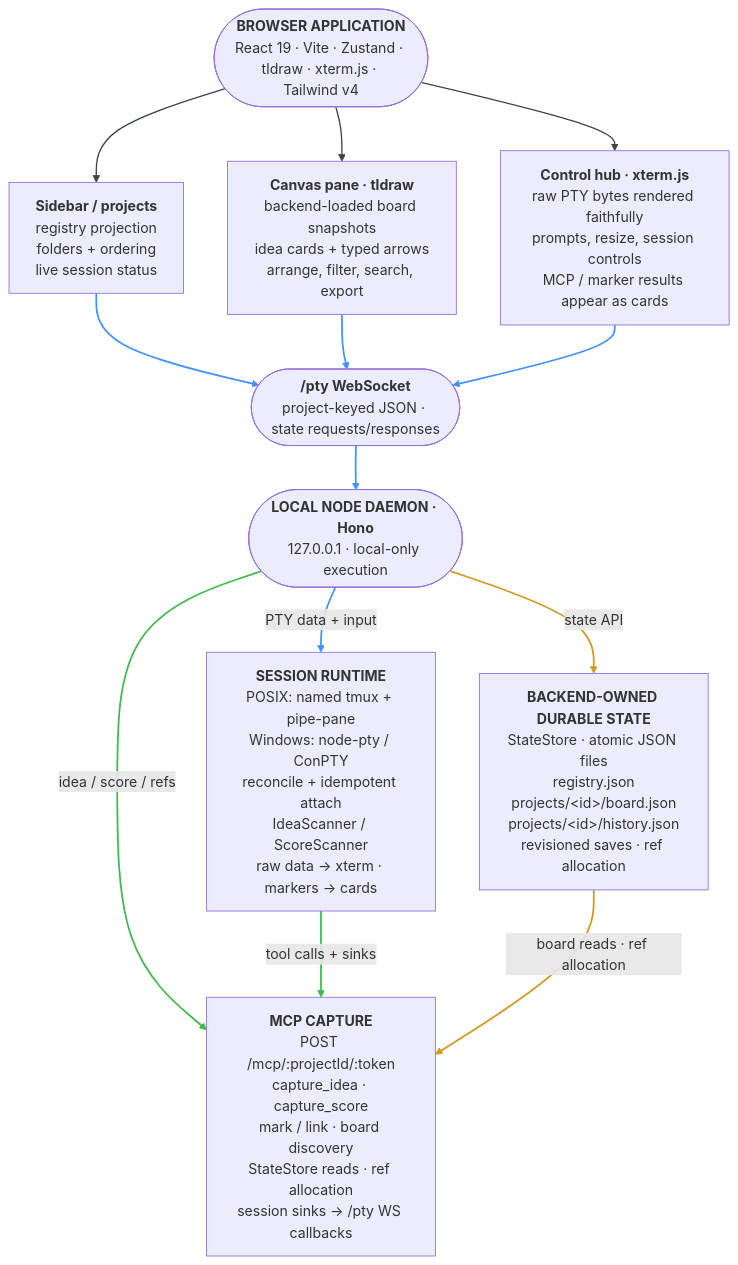
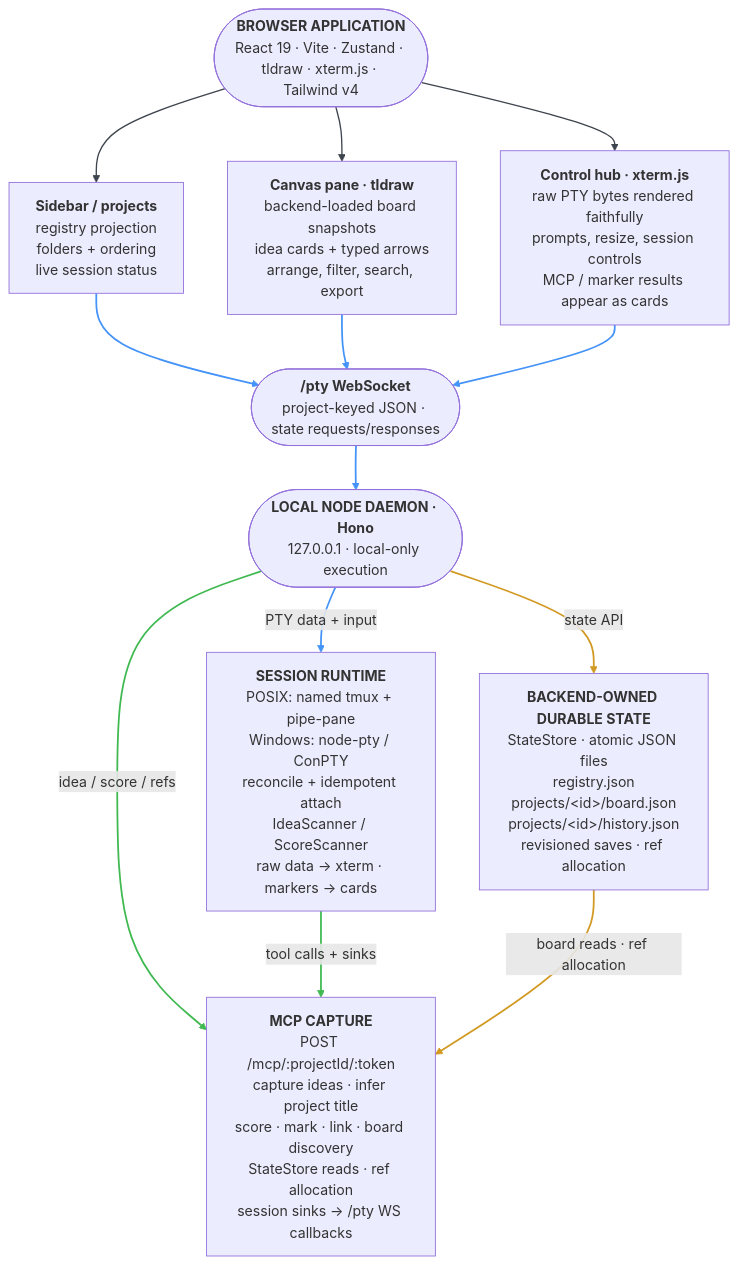
Before and after one commit to drdreo/ai-storm: the diagram in docs/media/architecture.mmd, drawn with Mermaid. The commit also changed 25 other files, not shown here.

```diff
--- a/docs/media/architecture.mmd
+++ b/docs/media/architecture.mmd
@@ -1,25 +1,25 @@
 %% Canonical architecture source. Render with: pnpm docs:render
 flowchart TB
   browser(["<b>BROWSER APPLICATION</b><br/>React 19 · Vite · Zustand · tldraw · xterm.js · Tailwind v4"])
   sidebar["<b>Sidebar / projects</b><br/>registry projection<br/>folders + ordering<br/>live session status"]
   canvas["<b>Canvas pane · tldraw</b><br/>backend-loaded board snapshots<br/>idea cards + typed arrows<br/>arrange, filter, search, export"]
   hub["<b>Control hub · xterm.js</b><br/>raw PTY bytes rendered faithfully<br/>prompts, resize, session controls<br/>MCP / marker results appear as cards"]
   transport(["<b>/pty WebSocket</b><br/>project-keyed JSON · state requests/responses"])
   daemon(["<b>LOCAL NODE DAEMON · Hono</b><br/>127.0.0.1 · local-only execution"])
   state["<b>BACKEND-OWNED DURABLE STATE</b><br/>StateStore · atomic JSON files<br/>registry.json<br/>projects/&lt;id&gt;/board.json<br/>projects/&lt;id&gt;/history.json<br/>revisioned saves · ref allocation"]
   runtime["<b>SESSION RUNTIME</b><br/>POSIX: named tmux + pipe-pane<br/>Windows: node-pty / ConPTY<br/>reconcile + idempotent attach<br/>IdeaScanner / ScoreScanner<br/>raw data → xterm · markers → cards"]
-  mcp["<b>MCP CAPTURE</b><br/>POST /mcp/:projectId/:token<br/>capture_idea · capture_score<br/>mark / link · board discovery<br/>StateStore reads · ref allocation<br/>session sinks → /pty WS callbacks"]
+  mcp["<b>MCP CAPTURE</b><br/>POST /mcp/:projectId/:token<br/>capture ideas · infer project title<br/>score · mark · link · board discovery<br/>StateStore reads · ref allocation<br/>session sinks → /pty WS callbacks"]
 
   browser --> sidebar & canvas & hub
   sidebar & canvas & hub --> transport
   transport --> daemon
   daemon -->|state API| state
   daemon -->|PTY data + input| runtime
   daemon -->|idea / score / refs| mcp
   runtime -->|tool calls + sinks| mcp
   state -->|board reads · ref allocation| mcp
 
   linkStyle 0,1,2 stroke:#3d444d,stroke-width:1.5px
   linkStyle 3,4,5,6,8 stroke:#4493f8,stroke-width:2px
   linkStyle 7,11 stroke:#d29922,stroke-width:2px
   linkStyle 9,10 stroke:#3fb950,stroke-width:2px
```
